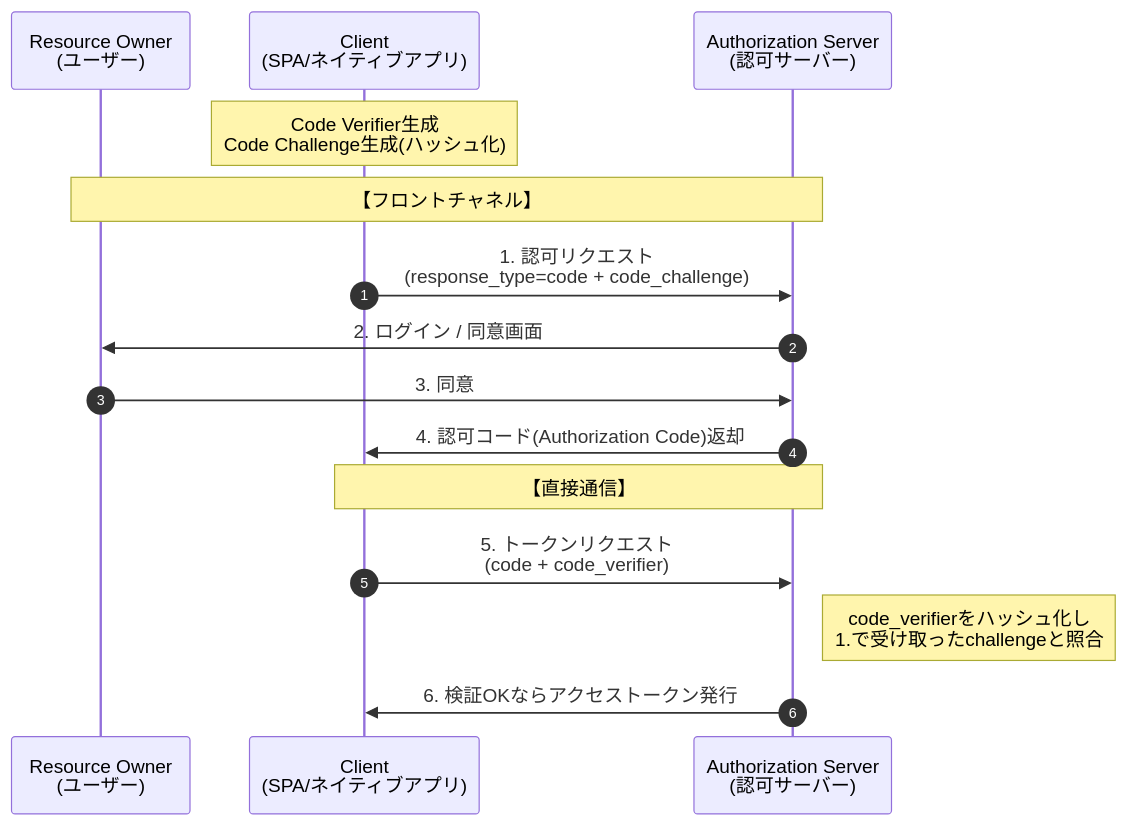
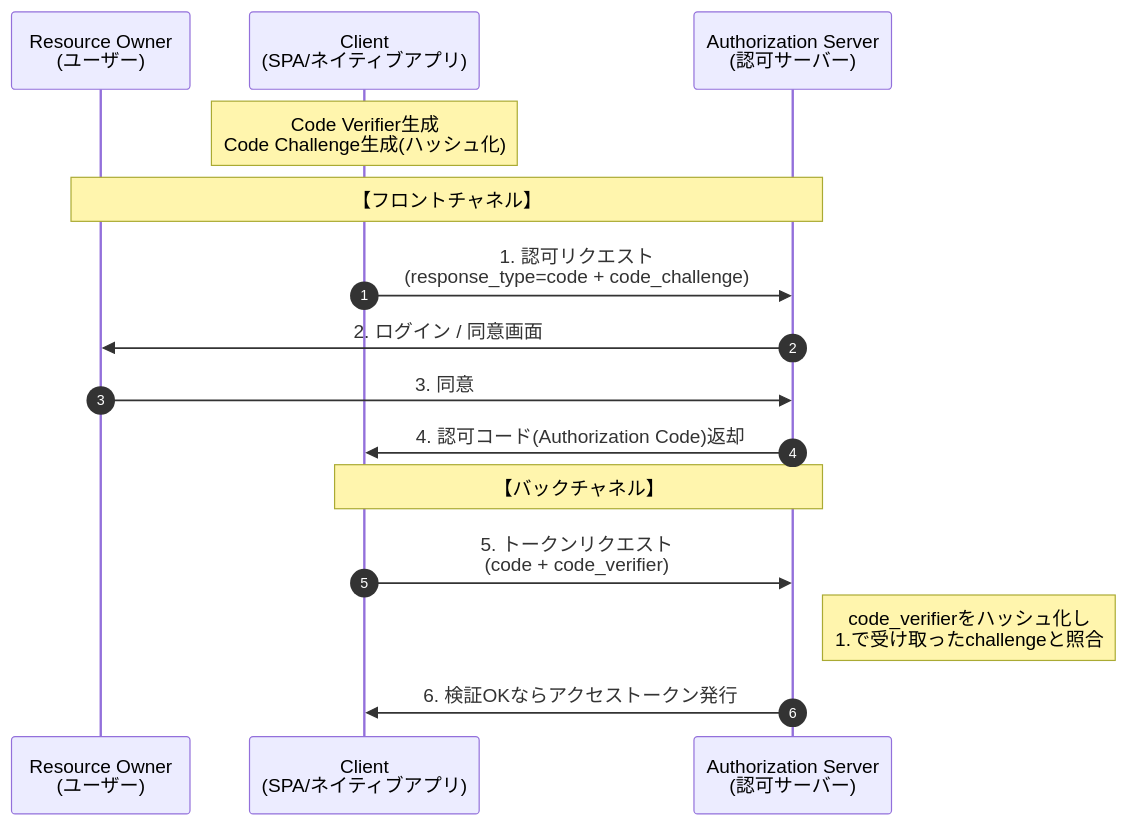
One commit to koin3z/notes changed the second of 2 diagrams in content/oauth/grantTypes/authorization_code.md. Above: the diagram before and after it, drawn with Mermaid. The commit also changed 2 other files, not shown here.

Commit message:
vault backup: 2025-12-07 16:47:22

````diff
--- a/content/oauth/grantTypes/authorization_code.md
+++ b/content/oauth/grantTypes/authorization_code.md
@@ -43,20 +43,20 @@
 ```mermaid
 sequenceDiagram
     autonumber
     participant RO as Resource Owner<br>(ユーザー)
     participant Client as Client<br>(SPA/ネイティブアプリ)
     participant AS as Authorization Server<br>(認可サーバー)
 
     Note over Client: Code Verifier生成<br>Code Challenge生成(ハッシュ化)
 
     Note over RO, AS: 【フロントチャネル】
     Client->>AS: 1. 認可リクエスト<br>(response_type=code + code_challenge)
     AS->>RO: 2. ログイン / 同意画面
     RO->>AS: 3. 同意
     AS->>Client: 4. 認可コード(Authorization Code)返却
 
-    Note over Client, AS: 【直接通信】
+    Note over Client, AS: 【バックチャネル】
     Client->>AS: 5. トークンリクエスト<br>(code + code_verifier)
     Note right of AS: code_verifierをハッシュ化し<br>1.で受け取ったchallengeと照合
     AS->>Client: 6. 検証OKならアクセストークン発行
 ```
````
